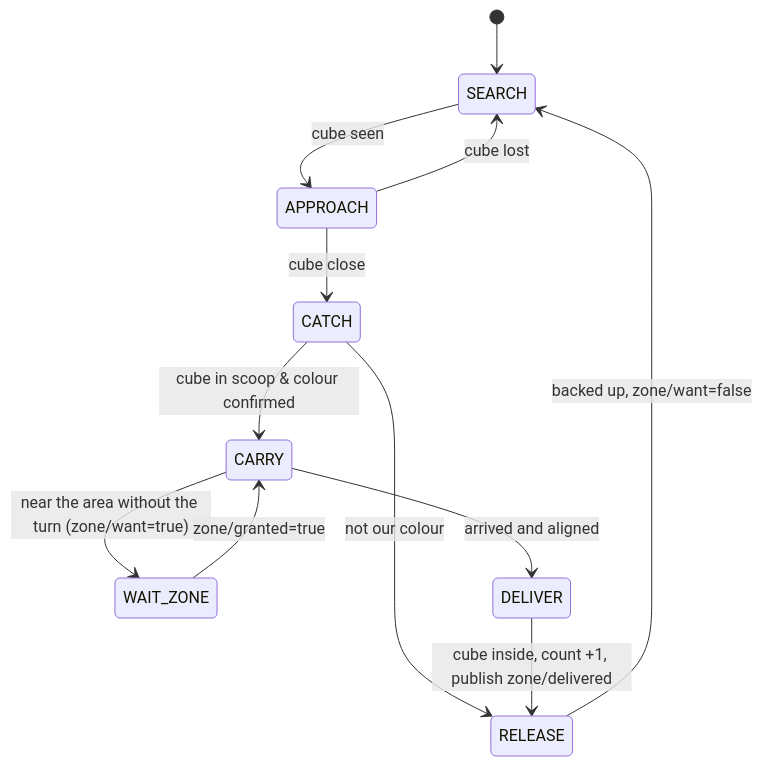
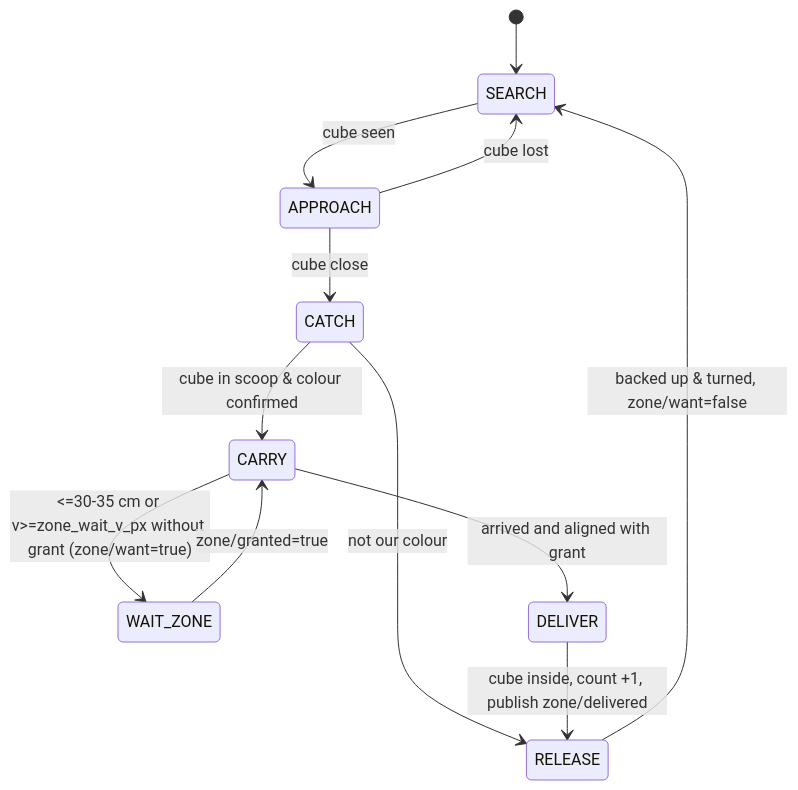
Before and after one commit to alejandrovielma/ucab-multirobot: the second of 2 diagrams in docs/architecture.md, drawn with Mermaid. The commit also changed other lines of this file and 19 other files, not shown here.

Commit message:
fleet: implement multi-robot zone wait, perry gate_closed and blue target

````diff
--- a/docs/architecture.md
+++ b/docs/architecture.md
@@ -154,14 +161,14 @@
 ```mermaid
 stateDiagram-v2
   [*] --> SEARCH
   SEARCH --> APPROACH: cube seen
   APPROACH --> SEARCH: cube lost
   APPROACH --> CATCH: cube close
   CATCH --> CARRY: cube in scoop & colour confirmed
   CATCH --> RELEASE: not our colour
-  CARRY --> WAIT_ZONE: near the area without the turn (zone/want=true)
+  CARRY --> WAIT_ZONE: <=30-35 cm or v>=zone_wait_v_px without grant (zone/want=true)
   WAIT_ZONE --> CARRY: zone/granted=true
-  CARRY --> DELIVER: arrived and aligned
+  CARRY --> DELIVER: arrived and aligned with grant
   DELIVER --> RELEASE: cube inside, count +1, publish zone/delivered
-  RELEASE --> SEARCH: backed up, zone/want=false
+  RELEASE --> SEARCH: backed up & turned, zone/want=false
 ```
````
